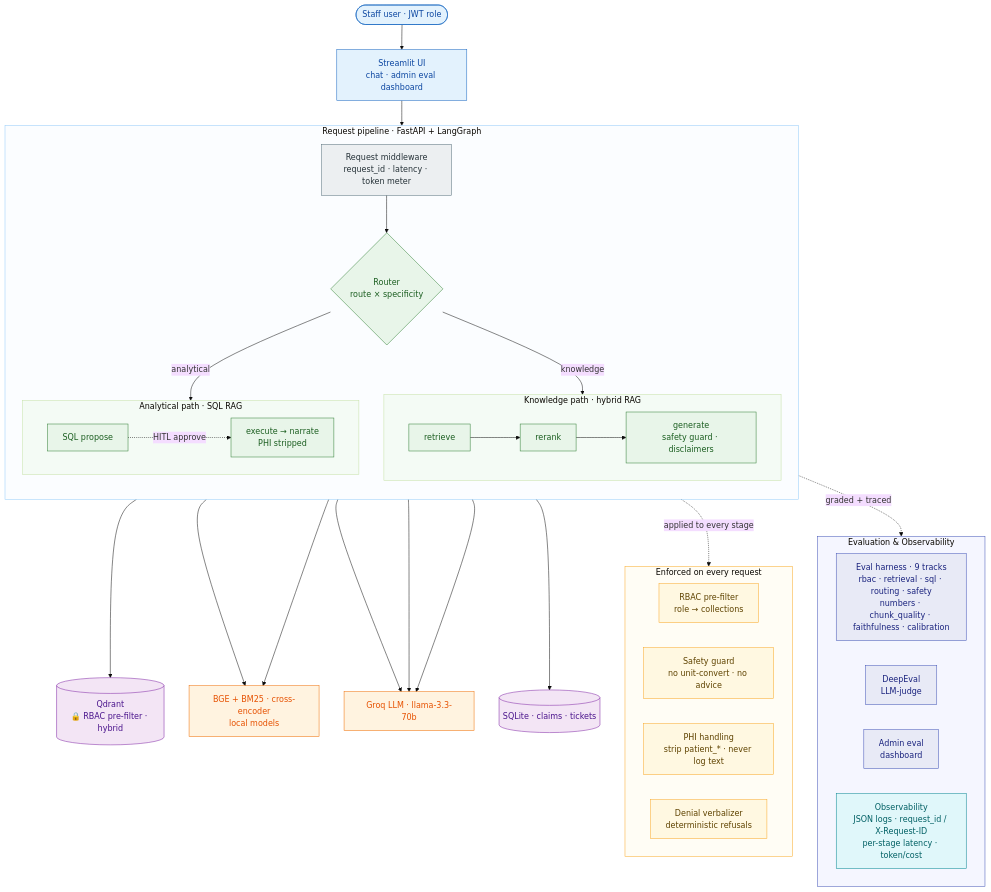
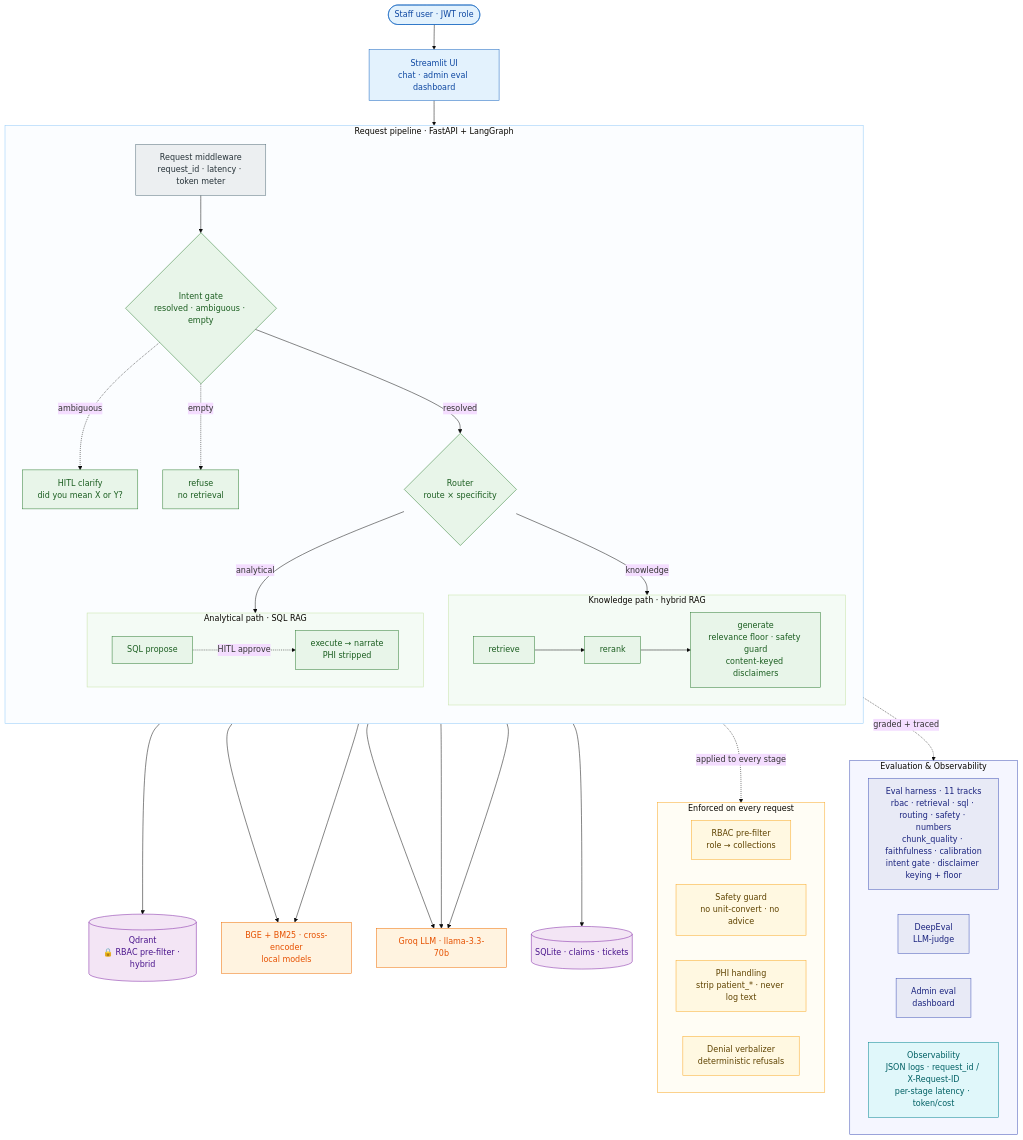
The first of 2 diagrams in README.md (abnair24/medi-bot-ai), drawn with Mermaid (base theme) before and after one commit. The commit also changed other lines of this file and 29 other files, not shown here.

````diff
--- a/README.md
+++ b/README.md
@@ -24,64 +26,67 @@
 ```mermaid
 flowchart TB
     U([Staff user · JWT role]):::client --> UI[Streamlit UI<br/>chat · admin eval dashboard]:::client
 
     subgraph RT[Request pipeline · FastAPI + LangGraph]
         direction TB
-        MW[Request middleware<br/>request_id · latency · token meter]:::infra --> RTR{Router<br/>route × specificity}:::node
+        MW[Request middleware<br/>request_id · latency · token meter]:::infra --> IG{Intent gate<br/>resolved · ambiguous · empty}:::node
+        IG -. ambiguous .-> CLR[HITL clarify<br/>did you mean X or Y?]:::node
+        IG -. empty .-> REF[refuse<br/>no retrieval]:::node
+        IG -->|resolved| RTR{Router<br/>route × specificity}:::node
         subgraph KP[Knowledge path · hybrid RAG]
             direction LR
-            RET[retrieve]:::node --> RRK[rerank]:::node --> GEN[generate<br/>safety guard · disclaimers]:::node
+            RET[retrieve]:::node --> RRK[rerank]:::node --> GEN[generate<br/>relevance floor · safety guard<br/>content-keyed disclaimers]:::node
         end
         subgraph AP[Analytical path · SQL RAG]
             direction LR
             SQP[SQL propose]:::node -. HITL approve .-> SQX[execute → narrate<br/>PHI stripped]:::node
         end
         RTR -->|knowledge| RET
         RTR -->|analytical| SQP
     end
     UI --> MW
 
     ENC[BGE + BM25 · cross-encoder<br/>local models]:::model
     GROQ[Groq LLM · llama-3.3-70b]:::model
     QD[(Qdrant<br/>🔒 RBAC pre-filter · hybrid)]:::store
     SDB[(SQLite · claims · tickets)]:::store
     RET --> QD & ENC
     RRK --> ENC
     RTR --> GROQ
     GEN --> GROQ
     SQX --> GROQ & SDB
 
     subgraph CC[Enforced on every request]
         direction LR
         C1[RBAC pre-filter<br/>role → collections]:::cc
         C2[Safety guard<br/>no unit-convert · no advice]:::cc
         C3[PHI handling<br/>strip patient_* · never log text]:::cc
         C4[Denial verbalizer<br/>deterministic refusals]:::cc
     end
 
     subgraph EO[Evaluation & Observability]
         direction LR
-        E1[Eval harness · 9 tracks<br/>rbac · retrieval · sql · routing · safety<br/>numbers · chunk_quality · faithfulness · calibration]:::eval
+        E1[Eval harness · 11 tracks<br/>rbac · retrieval · sql · routing · safety · numbers<br/>chunk_quality · faithfulness · calibration<br/>intent gate · disclaimer keying + floor]:::eval
         E2[DeepEval<br/>LLM-judge]:::eval
         E3[Admin eval<br/>dashboard]:::eval
         E4[Observability<br/>JSON logs · request_id / X-Request-ID<br/>per-stage latency · token/cost]:::obs
     end
 
     RT -. applied to every stage .-> CC
     RT -. graded + traced .-> EO
 
     classDef client fill:#e3f2fd,stroke:#1565c0,color:#0d47a1;
     classDef infra fill:#eceff1,stroke:#546e7a,color:#263238;
     classDef node fill:#e8f5e9,stroke:#2e7d32,color:#1b5e20;
     classDef model fill:#fff3e0,stroke:#ef6c00,color:#e65100;
     classDef store fill:#f3e5f5,stroke:#7b1fa2,color:#4a148c;
     classDef cc fill:#fff8e1,stroke:#f9a825,color:#5f4300;
     classDef eval fill:#e8eaf6,stroke:#3f51b5,color:#1a237e;
     classDef obs fill:#e0f7fa,stroke:#00838f,color:#006064;
 
     style RT fill:#fbfdff,stroke:#90caf9
     style KP fill:#f4fbf5,stroke:#c5e1a5
     style AP fill:#f4fbf5,stroke:#c5e1a5
     style CC fill:#fffdf5,stroke:#f9a825
     style EO fill:#f5f6ff,stroke:#3f51b5
 ```
````
